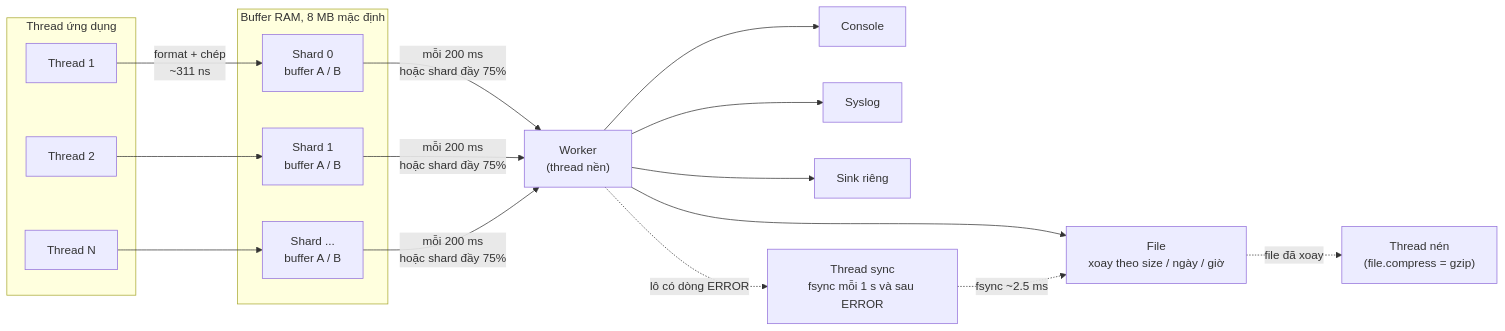
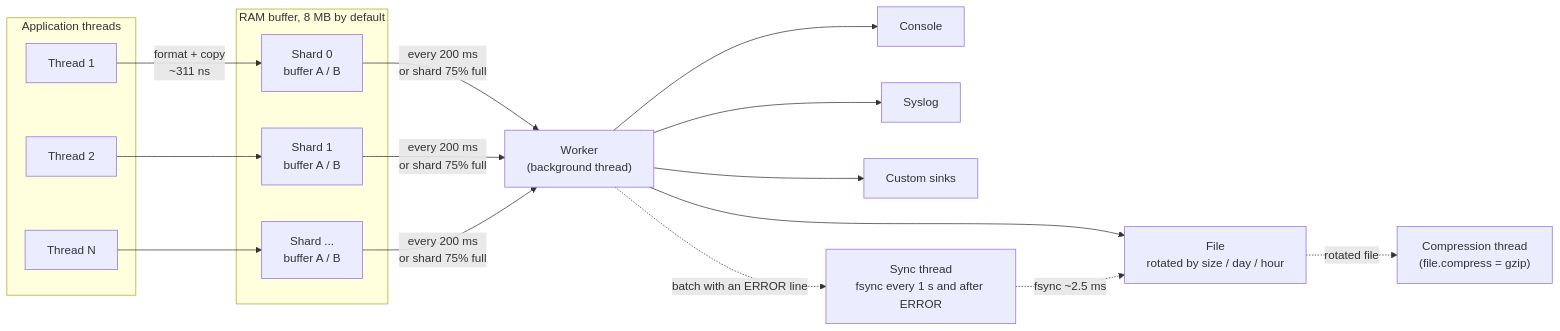
Before and after one commit to TieuBao168/tblog: the first of 5 diagrams in docs/architecture.md, drawn with Mermaid. The commit also changed other lines of this file and 19 other files, not shown here.

````diff
--- a/docs/architecture.md
+++ b/docs/architecture.md
@@ -7,24 +9,24 @@
 ```mermaid
 flowchart LR
-    subgraph APP["Thread ứng dụng"]
+    subgraph APP["Application threads"]
         T1["Thread 1"]
         T2["Thread 2"]
         T3["Thread N"]
     end
-    subgraph BUF["Buffer RAM, 8 MB mặc định"]
+    subgraph BUF["RAM buffer, 8 MB by default"]
         S0["Shard 0<br/>buffer A / B"]
         S1["Shard 1<br/>buffer A / B"]
         S2["Shard ...<br/>buffer A / B"]
     end
-    T1 -->|"format + chép<br/>~311 ns"| S0
+    T1 -->|"format + copy<br/>~311 ns"| S0
     T2 --> S1
     T3 --> S2
-    S0 & S1 & S2 -->|"mỗi 200 ms<br/>hoặc shard đầy 75%"| W["Worker<br/>(thread nền)"]
-    W --> F["File<br/>xoay theo size / ngày / giờ"]
+    S0 & S1 & S2 -->|"every 200 ms<br/>or shard 75% full"| W["Worker<br/>(background thread)"]
+    W --> F["File<br/>rotated by size / day / hour"]
     W --> C["Console"]
     W --> SL["Syslog"]
-    W --> CS["Sink riêng"]
-    W -.->|"lô có dòng ERROR"| Y["Thread sync<br/>fsync mỗi 1 s và sau ERROR"]
+    W --> CS["Custom sinks"]
+    W -.->|"batch with an ERROR line"| Y["Sync thread<br/>fsync every 1 s and after ERROR"]
     Y -.->|"fsync ~2.5 ms"| F
-    F -.->|"file đã xoay"| GZ["Thread nén<br/>(file.compress = gzip)"]
+    F -.->|"rotated file"| GZ["Compression thread<br/>(file.compress = gzip)"]
 ```
````
